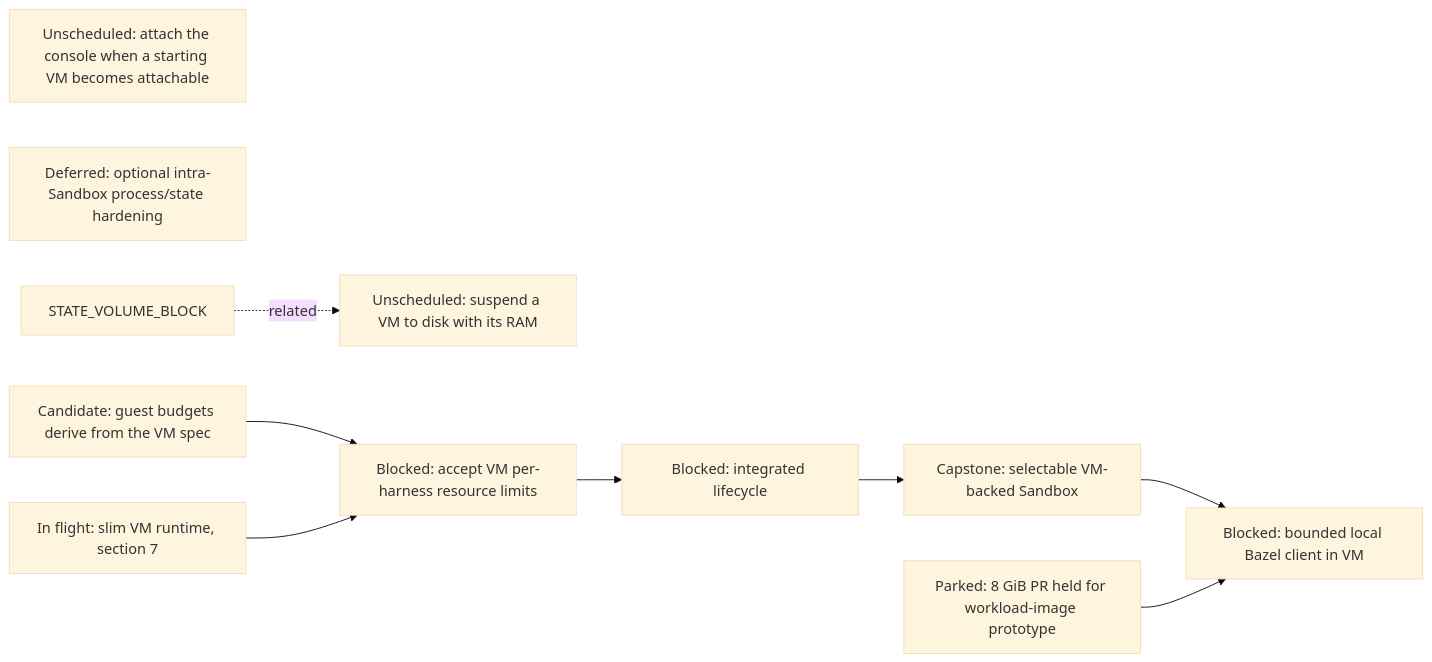
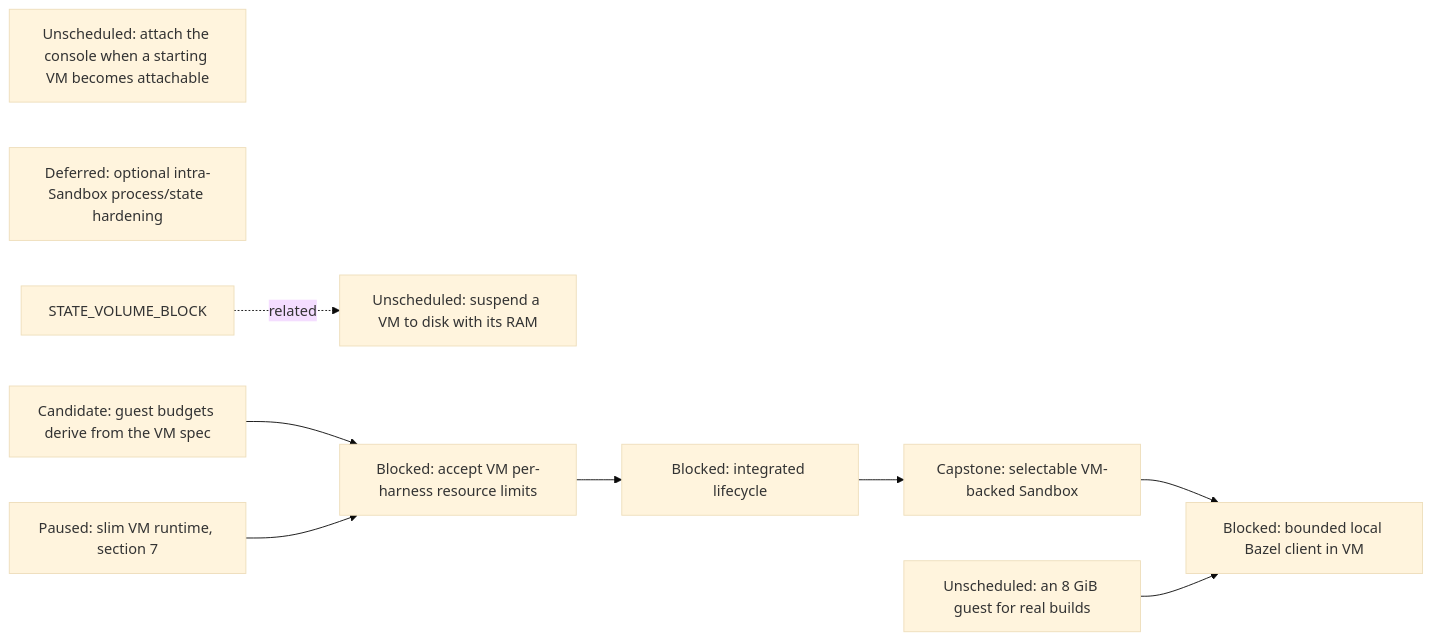
The seventh of 19 diagrams in agentplane/plans/task_dag.md (agentydragon-agent/ducktape), drawn with Mermaid (base theme) before and after one commit. The commit also changed other lines of this file and 7 other files, not shown here.

````diff
--- a/agentplane/plans/task_dag.md
+++ b/agentplane/plans/task_dag.md
@@ -547,18 +503,18 @@
 ```mermaid
 flowchart LR
     VM_RAM_SUSPEND[Unscheduled: suspend a VM to disk with its RAM]
     VM_CONSOLE_DEFERRED_ATTACH[Unscheduled: attach the console when a starting VM becomes attachable]
     VM_HARNESS_RESOURCE_LIMITS[Blocked: accept VM per-harness resource limits]
     VM_INTRA_SANDBOX_HARDENING[Deferred: optional intra-Sandbox process/state hardening]
-    RUNNER_LAYERING_VM[In flight: slim VM runtime, section 7]
+    RUNNER_LAYERING_VM[Paused: slim VM runtime, section 7]
     VM_LIFECYCLE[Blocked: integrated lifecycle]
     STATE_VOLUME_BLOCK -. related .-> VM_RAM_SUSPEND
     VM_HARNESS_RESOURCE_LIMITS --> VM_LIFECYCLE
     VM_GUEST_BUDGET_DERIVE --> VM_HARNESS_RESOURCE_LIMITS
     RUNNER_LAYERING_VM --> VM_HARNESS_RESOURCE_LIMITS
     VM_LIFECYCLE --> SANDBOX_VM_ISOLATION[Capstone: selectable VM-backed Sandbox]
-    VM_GUEST_MEMORY[Parked: 8 GiB PR held for workload-image prototype]
+    VM_GUEST_MEMORY[Unscheduled: an 8 GiB guest for real builds]
     VM_GUEST_BUDGET_DERIVE[Candidate: guest budgets derive from the VM spec]
     SANDBOX_VM_ISOLATION --> LOCAL_BAZEL[Blocked: bounded local Bazel client in VM]
     VM_GUEST_MEMORY --> LOCAL_BAZEL
 ```
````
